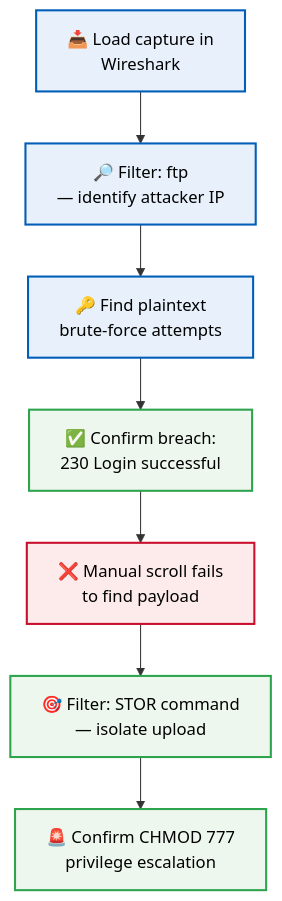
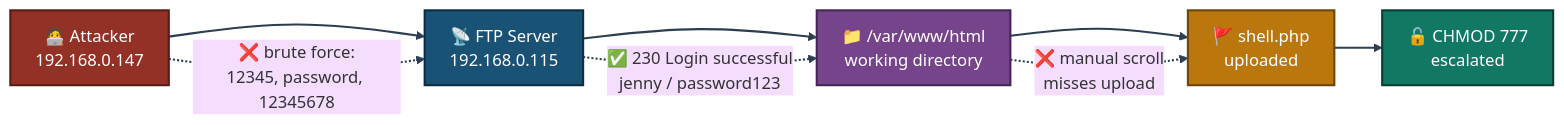
The first of 3 diagrams in 1-Foundational-Projects/project-05-network-forensics-wireshark/README.md (malaika-azhar/Cybersecurity-Lab-Projects), drawn with Mermaid before and after one commit. The commit also changed other lines of this file, not shown here.

````diff
--- a/1-Foundational-Projects/project-05-network-forensics-wireshark/README.md
+++ b/1-Foundational-Projects/project-05-network-forensics-wireshark/README.md
@@ -105,17 +109,17 @@
 ```mermaid
-flowchart TD
-    A["📥 Load capture in<br/>Wireshark"] --> B["🔎 Filter: ftp<br/>— identify attacker IP"]
-    B --> C["🔑 Find plaintext<br/>brute-force attempts"]
-    C --> D["✅ Confirm breach:<br/>230 Login successful"]
-    D --> E["❌ Manual scroll fails<br/>to find payload"]
-    E --> F["🎯 Filter: STOR command<br/>— isolate upload"]
-    F --> G["🚨 Confirm CHMOD 777<br/>privilege escalation"]
-
-    classDef alert fill:#fdeaea,stroke:#C8102E,stroke-width:2px,color:#000
-    classDef work fill:#e8f1fb,stroke:#005EB8,stroke-width:2px,color:#000
-    classDef done fill:#eef7ee,stroke:#2ea44f,stroke-width:2px,color:#000
-    class A,B,C work
-    class D done
-    class E alert
-    class F,G done
+%%{init: {'theme': 'base', 'themeVariables': {'fontSize': '16px'}, 'flowchart': {'nodeSpacing': 34, 'rankSpacing': 46, 'padding': 12}}}%%
+flowchart LR
+    ATT["🧑‍💻 Attacker<br/>192.168.0.147"]:::att --> FTP["📡 FTP Server<br/>192.168.0.115"]:::srv
+    FTP --> DIR["📁 /var/www/html<br/>working directory"]:::dir
+    DIR --> FILE["🚩 shell.php<br/>uploaded"]:::file
+    FILE --> PERM["🔓 CHMOD 777<br/>escalated"]:::perm
+    ATT -.->|"❌ brute force:<br/>12345, password, 12345678"| FTP
+    FTP -.->|"✅ 230 Login successful<br/>jenny / password123"| DIR
+    DIR -.->|"❌ manual scroll<br/>misses upload"| FILE
+    classDef att fill:#943126,stroke:#571C16,stroke-width:2px,color:#FFFFFF
+    classDef srv fill:#1A5276,stroke:#0B2E43,stroke-width:2px,color:#FFFFFF
+    classDef dir fill:#76448A,stroke:#432752,stroke-width:2px,color:#FFFFFF
+    classDef file fill:#B9770E,stroke:#6E4409,stroke-width:2px,color:#FFFFFF
+    classDef perm fill:#117864,stroke:#083D33,stroke-width:2px,color:#FFFFFF
+    linkStyle default stroke:#2C3E50,stroke-width:2px
 ```
````
